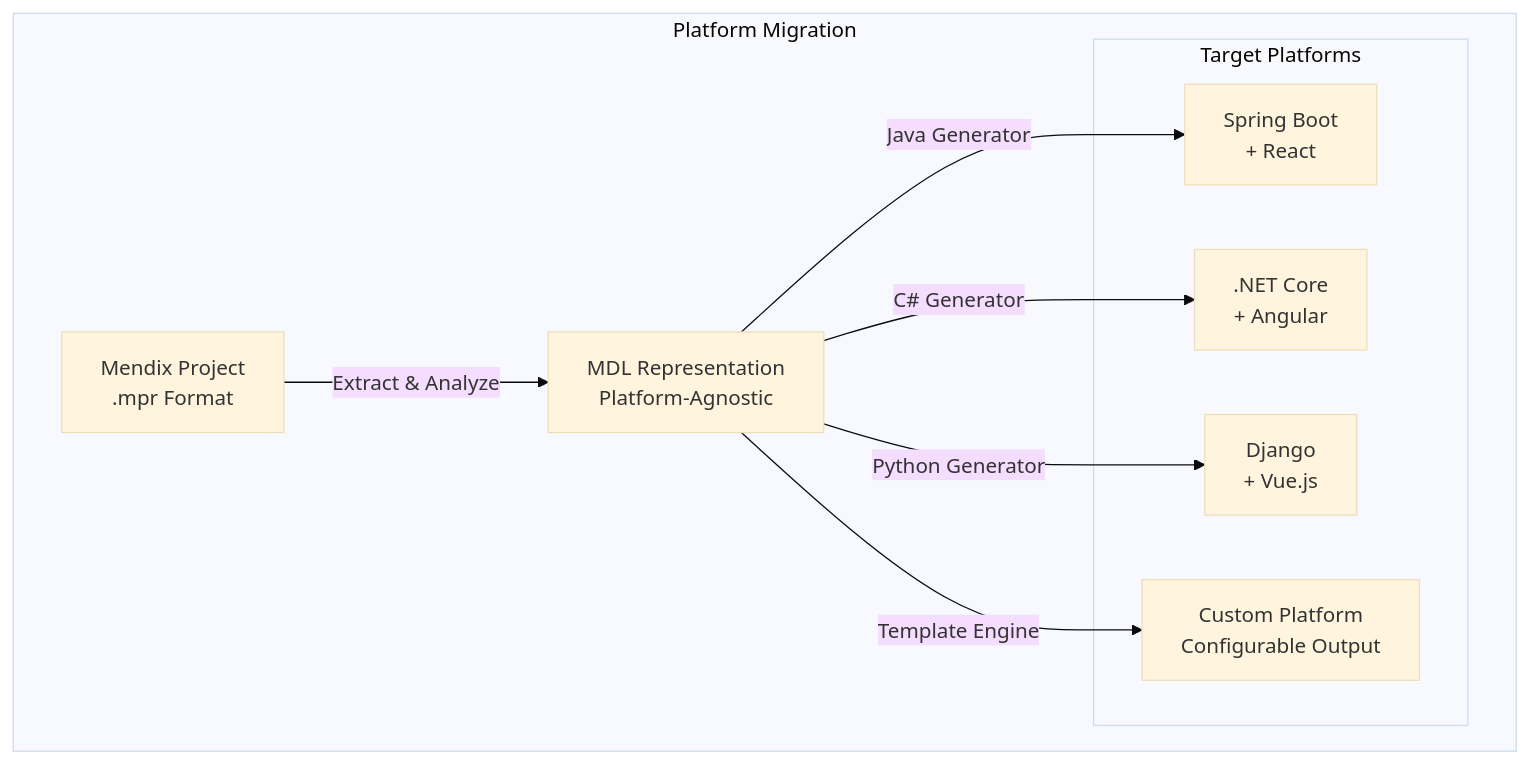
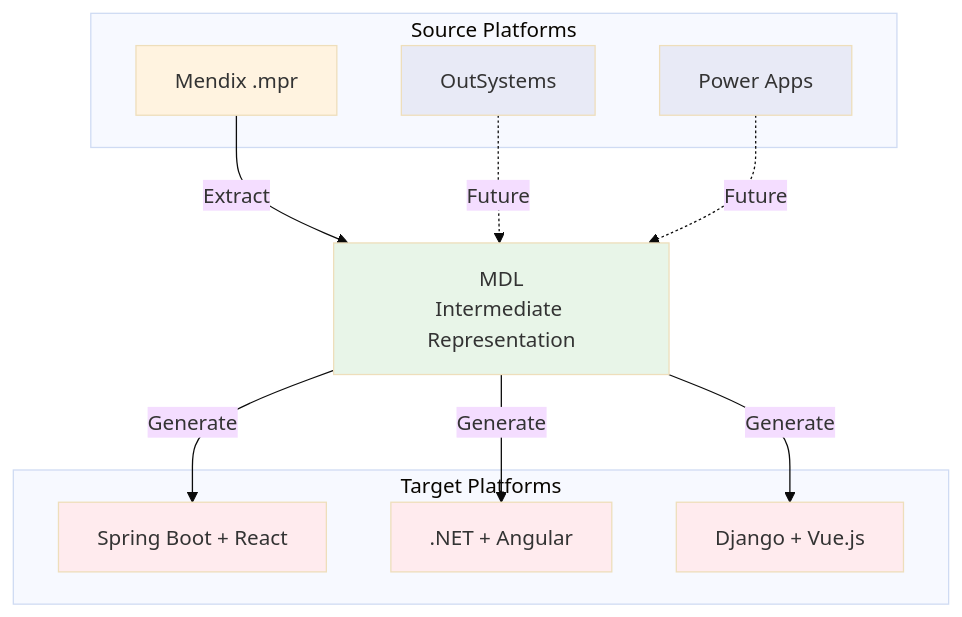
The fifth of 6 diagrams in docs/13-vision/vision.md (bdreesen/mxcli), drawn with Mermaid (base theme) before and after one commit. The commit also changed other lines of this file, not shown here.

First line of the commit message:
Update vision document to reflect actual architecture and current state

````diff
--- a/docs/13-vision/vision.md
+++ b/docs/13-vision/vision.md
@@ -391,20 +255,31 @@
 ```mermaid
 graph TB
-    subgraph PlatMig ["Platform Migration"]
-        MX["Mendix Project<br/>.mpr Format"]
-        MDL["MDL Representation<br/>Platform-Agnostic"]
-        
-        subgraph TargetPlatforms ["Target Platforms"]
-            SPRING["Spring Boot<br/>+ React"]
-            NET[".NET Core<br/>+ Angular"]
-            DJANGO["Django<br/>+ Vue.js"]
-            CUSTOM["Custom Platform<br/>Configurable Output"]
-        end
-        
-        MX -->|Extract & Analyze| MDL
-        MDL -->|Java Generator| SPRING
-        MDL -->|C# Generator| NET
-        MDL -->|Python Generator| DJANGO
-        MDL -->|Template Engine| CUSTOM
+    subgraph Sources ["Source Platforms"]
+        MX["Mendix .mpr"]
+        OS["OutSystems"]
+        PA["Power Apps"]
     end
+
+    MDL["MDL<br/>Intermediate Representation"]
+
+    subgraph Targets ["Target Platforms"]
+        SPRING["Spring Boot + React"]
+        NET[".NET + Angular"]
+        DJANGO["Django + Vue.js"]
+    end
+
+    MX -->|Extract| MDL
+    OS -.->|Future| MDL
+    PA -.->|Future| MDL
+    MDL -->|Generate| SPRING
+    MDL -->|Generate| NET
+    MDL -->|Generate| DJANGO
+
+    style MDL fill:#e8f5e8
+    style MX fill:#fff3e0
+    style OS fill:#e8eaf6
+    style PA fill:#e8eaf6
+    style SPRING fill:#ffebee
+    style NET fill:#ffebee
+    style DJANGO fill:#ffebee
 ```
````
